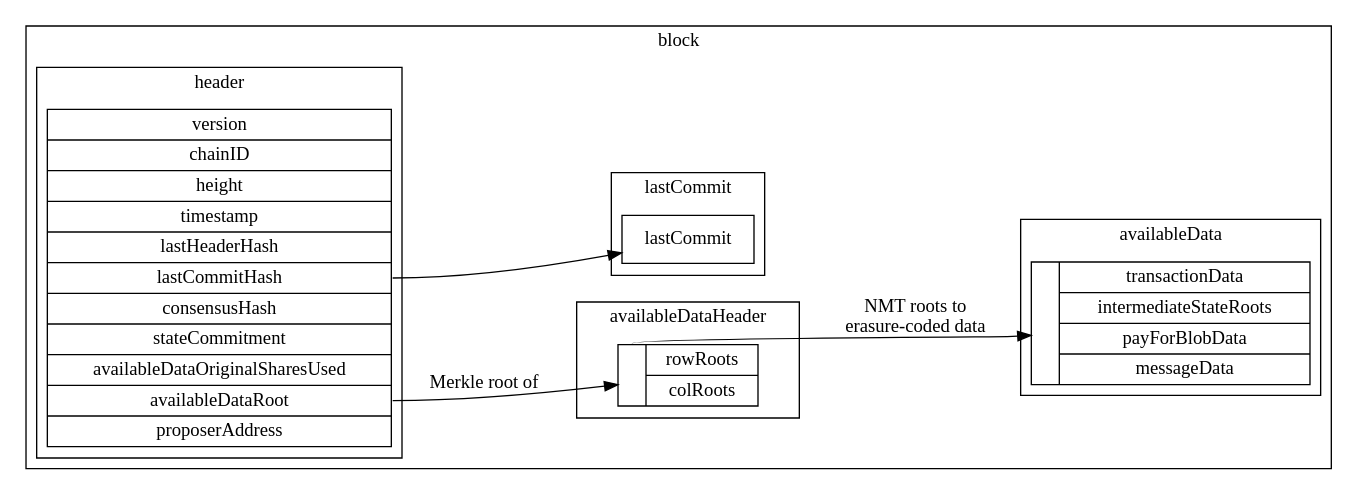
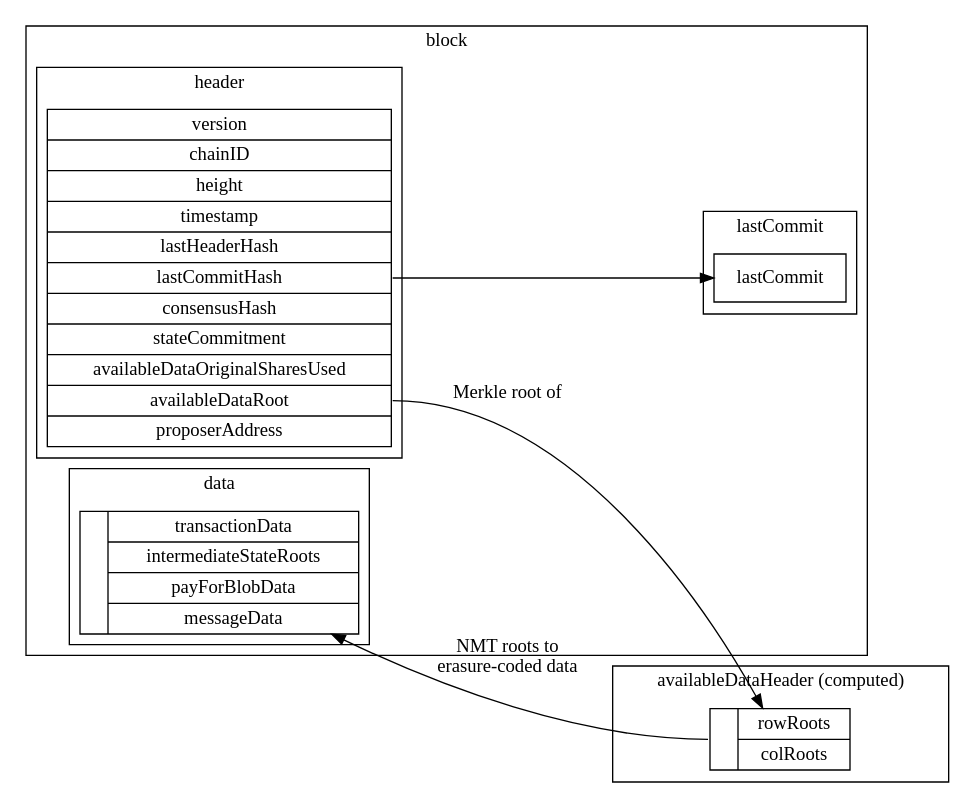
Before and after one commit to celestiaorg/celestia-app: the diagram in specs/src/figures/block_data_structures.dot, drawn with Graphviz. The commit also changed 3 other files, not shown here.

First line of the commit message:
docs: remove `availableDataHeader` from `Block` in specs

```diff
--- a/specs/src/figures/block_data_structures.dot
+++ b/specs/src/figures/block_data_structures.dot
@@ -1,36 +1,32 @@
 digraph G {
     rankdir = "LR";
     node [shape = record];
 
     subgraph cluster_block {
         label = "block";
 
-        subgraph cluster_availableheader {
-            label = "availableDataHeader";
-            struct4 [label = "{<f0> | { rowRoots | colRoots } }"];
-        }
-
         subgraph cluster_body {
-            label = "availableData";
+            label = "data";
             struct3 [label = "{ | { transactionData | intermediateStateRoots | payForBlobData | messageData } }"];
         }
 
         subgraph cluster_lastcommit {
             label = "lastCommit";
             struct2 [label = "{lastCommit}"];
         }
 
         subgraph cluster_header {
             label = "header";
             struct1 [label = "version | chainID | height | timestamp | lastHeaderHash | <f5> lastCommitHash | consensusHash | stateCommitment | availableDataOriginalSharesUsed | <f9> availableDataRoot | proposerAddress"];
         }
     }
 
+    subgraph cluster_availableheader {
+        label = "availableDataHeader (computed)";
+        struct4 [label = "{<f0> | { rowRoots | colRoots } }"];
+    }
+
     struct1:f5 -> struct2;
     struct1:f9 -> struct4 [label = "Merkle root of"];
     struct4:f0 -> struct3 [label = "NMT roots to\nerasure-coded data"];
-
-    edge [style = invis];
-    struct1 -> struct3;
-    struct1 -> struct4;
 }
```
